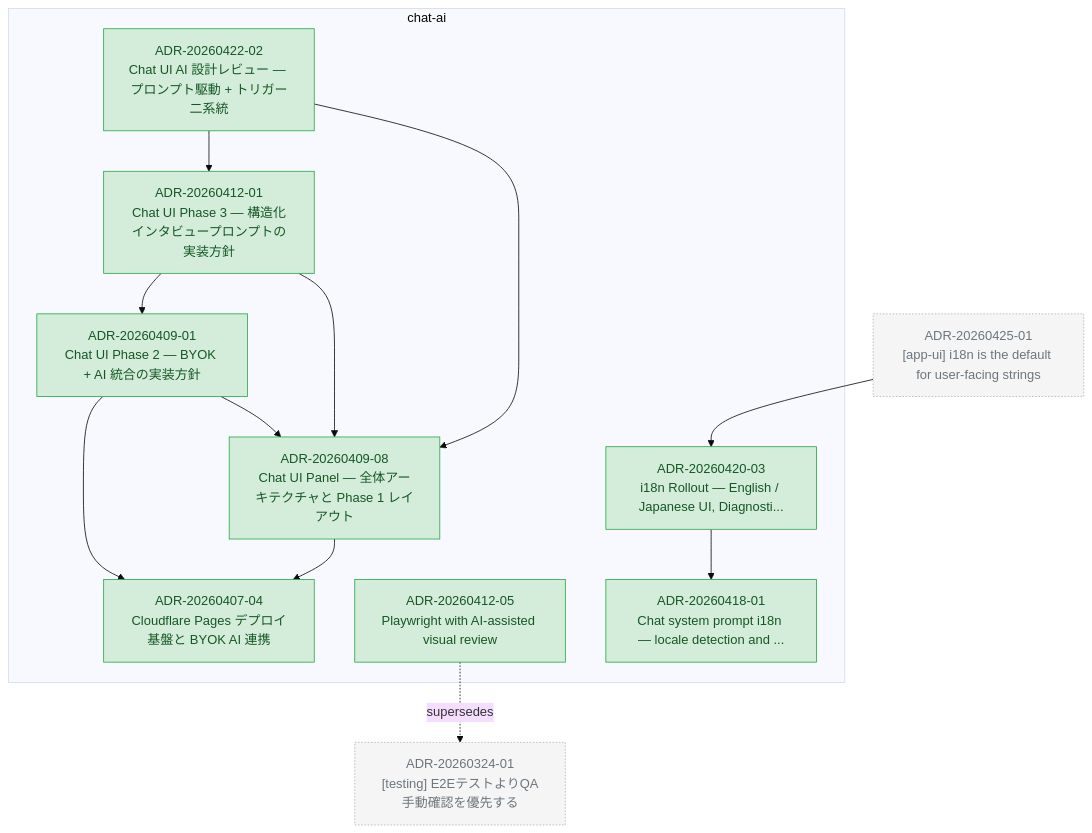
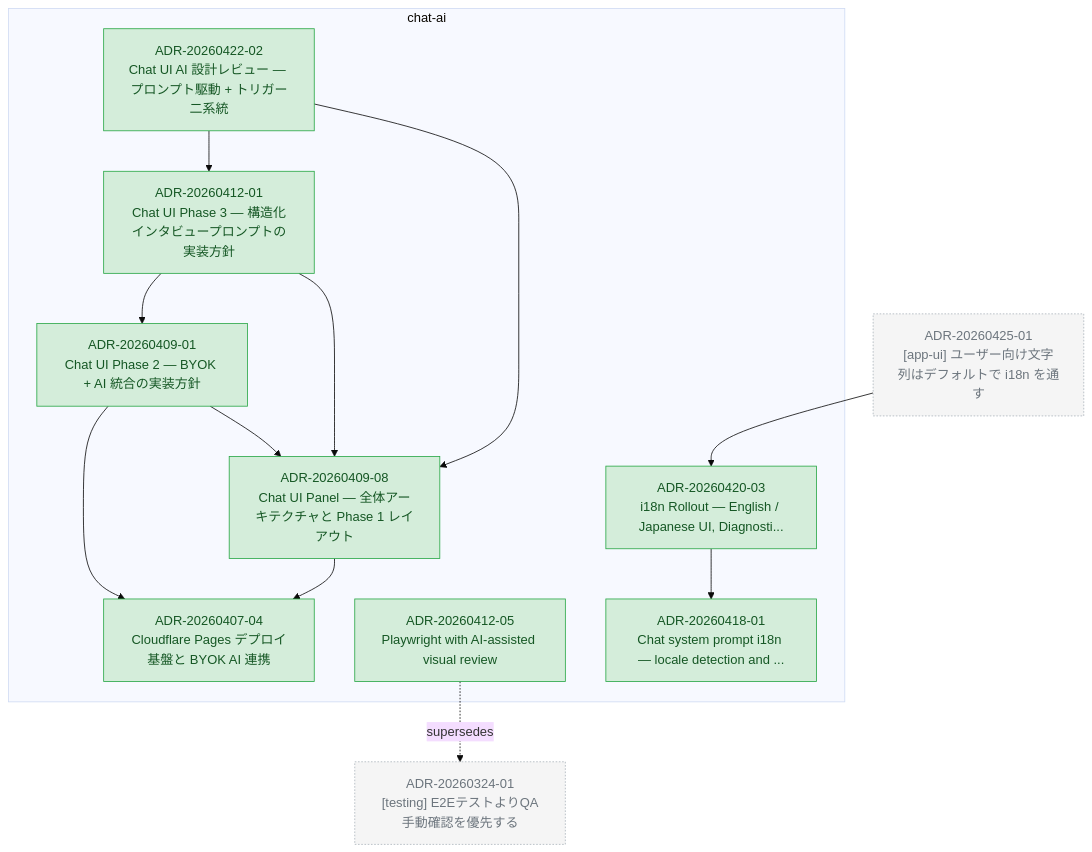
Before and after one commit to kompiro/karasu: the diagram in docs/adr/graph/chat-ai.md, drawn with Mermaid (base theme). The commit also changed 4 other files, not shown here.

````diff
--- a/docs/adr/graph/chat-ai.md
+++ b/docs/adr/graph/chat-ai.md
@@ -6,42 +6,42 @@
 ```mermaid
 flowchart TD
   subgraph chat-ai["chat-ai"]
     ADR_20260407_04["ADR-20260407-04<br/>Cloudflare Pages デプロイ基盤と BYOK AI 連携"]
     ADR_20260409_01["ADR-20260409-01<br/>Chat UI Phase 2 — BYOK + AI 統合の実装方針"]
     ADR_20260409_08["ADR-20260409-08<br/>Chat UI Panel — 全体アーキテクチャと Phase 1 レイアウト"]
     ADR_20260412_01["ADR-20260412-01<br/>Chat UI Phase 3 — 構造化インタビュープロンプトの実装方針"]
     ADR_20260412_05["ADR-20260412-05<br/>Playwright with AI-assisted visual review"]
     ADR_20260418_01["ADR-20260418-01<br/>Chat system prompt i18n — locale detection and ..."]
     ADR_20260420_03["ADR-20260420-03<br/>i18n Rollout — English / Japanese UI, Diagnosti..."]
     ADR_20260422_02["ADR-20260422-02<br/>Chat UI AI 設計レビュー — プロンプト駆動 + トリガー二系統"]
   end
   ADR_20260324_01["ADR-20260324-01<br/>[testing] E2EテストよりQA手動確認を優先する"]
-  ADR_20260425_01["ADR-20260425-01<br/>[app-ui] i18n is the default for user-facing strings"]
+  ADR_20260425_01["ADR-20260425-01<br/>[app-ui] ユーザー向け文字列はデフォルトで i18n を通す"]
   ADR_20260409_01 --> ADR_20260409_08
   ADR_20260409_01 --> ADR_20260407_04
   ADR_20260409_08 --> ADR_20260407_04
   ADR_20260412_01 --> ADR_20260409_01
   ADR_20260412_01 --> ADR_20260409_08
   ADR_20260420_03 --> ADR_20260418_01
   ADR_20260422_02 --> ADR_20260409_08
   ADR_20260422_02 --> ADR_20260412_01
   ADR_20260425_01 --> ADR_20260420_03
   ADR_20260412_05 -.supersedes.-> ADR_20260324_01
 
   classDef accepted fill:#d4edda,stroke:#28a745,color:#155724
   classDef proposed fill:#fff3cd,stroke:#ffc107,color:#856404
   classDef deprecated fill:#f8d7da,stroke:#dc3545,color:#721c24
   classDef superseded fill:#e2e3e5,stroke:#6c757d,color:#383d41
   classDef not_adopted fill:#e2e3e5,stroke:#6c757d,color:#383d41,stroke-dasharray:3 3
   classDef ghost fill:#f5f5f5,stroke:#adb5bd,color:#6c757d,stroke-dasharray:2 2
   class ADR_20260407_04 accepted
   class ADR_20260409_01 accepted
   class ADR_20260409_08 accepted
   class ADR_20260412_01 accepted
   class ADR_20260412_05 accepted
   class ADR_20260418_01 accepted
   class ADR_20260420_03 accepted
   class ADR_20260422_02 accepted
   class ADR_20260324_01 ghost
   class ADR_20260425_01 ghost
 ```
````
